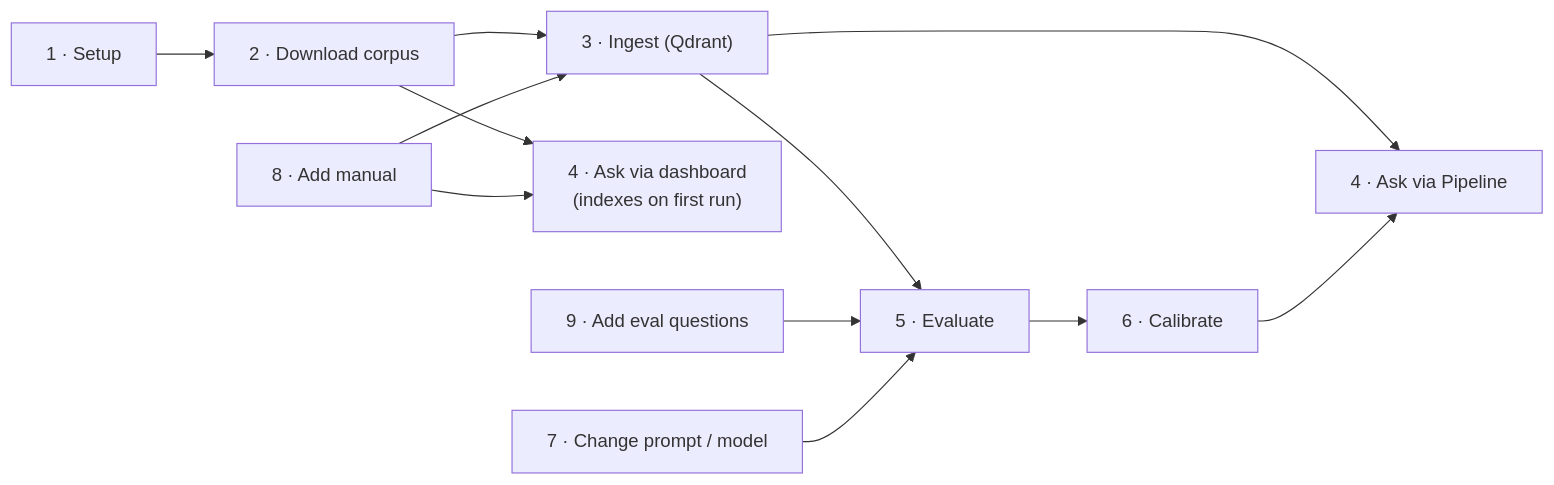
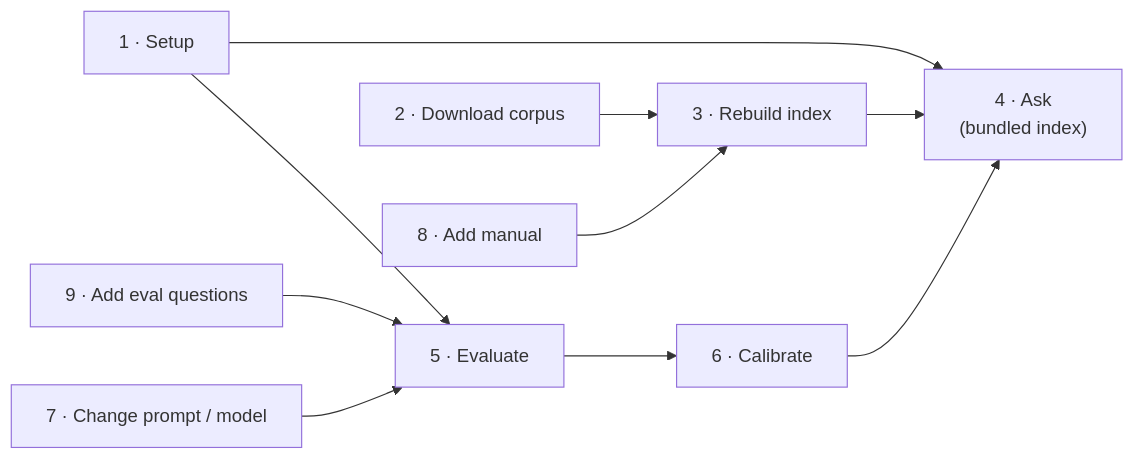
The first of 5 diagrams in docs/WORKFLOWS.md (drealchux/troa), drawn with Mermaid before and after one commit. The commit also changed other lines of this file and 3 other files, not shown here.

Commit message:
Update docs for the CLI, the Pipeline-based dashboard, and the bundled index

````diff
--- a/docs/WORKFLOWS.md
+++ b/docs/WORKFLOWS.md
@@ -26,14 +26,12 @@
 ```mermaid
 flowchart LR
-    W1["1 · Setup"] --> W2["2 · Download corpus"]
-    W2 --> W3["3 · Ingest (Qdrant)"]
-    W2 --> W4D["4 · Ask via dashboard<br/>(indexes on first run)"]
-    W3 --> W4P["4 · Ask via Pipeline"]
-    W3 --> W5["5 · Evaluate"]
+    W1["1 · Setup"] --> W4["4 · Ask<br/>(bundled index)"]
+    W1 --> W5["5 · Evaluate"]
+    W2["2 · Download corpus"] --> W3["3 · Rebuild index"]
+    W3 --> W4
     W9["9 · Add eval questions"] --> W5
     W5 --> W6["6 · Calibrate"]
-    W6 --> W4P
+    W6 --> W4
     W7["7 · Change prompt / model"] --> W5
     W8["8 · Add manual"] --> W3
-    W8 --> W4D
 ```
````
